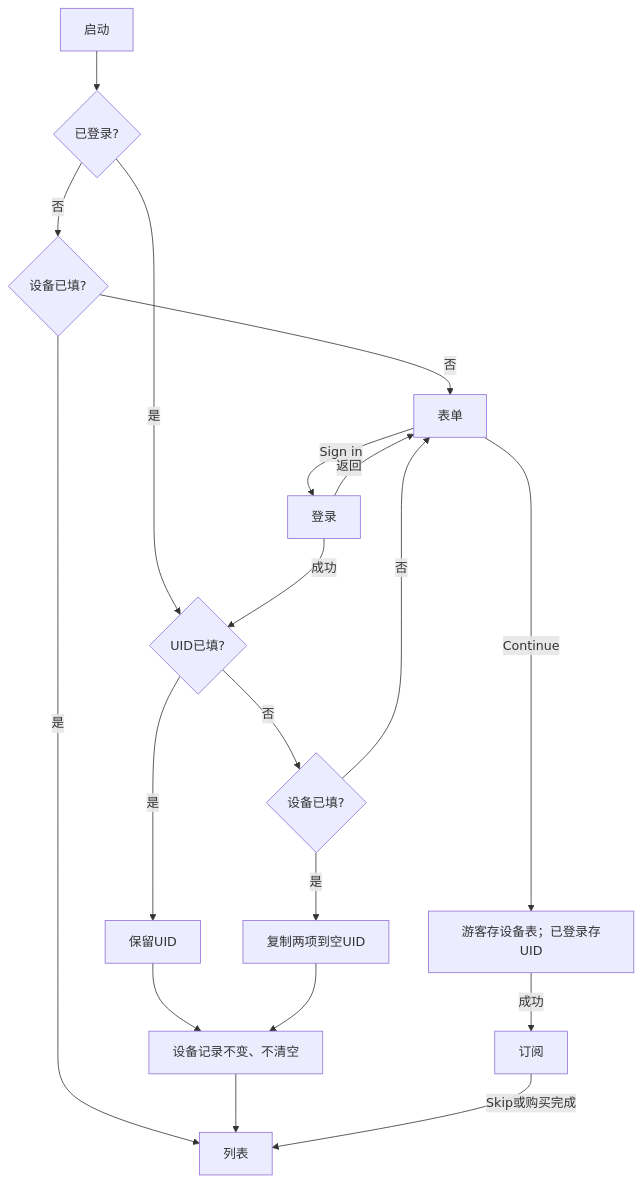
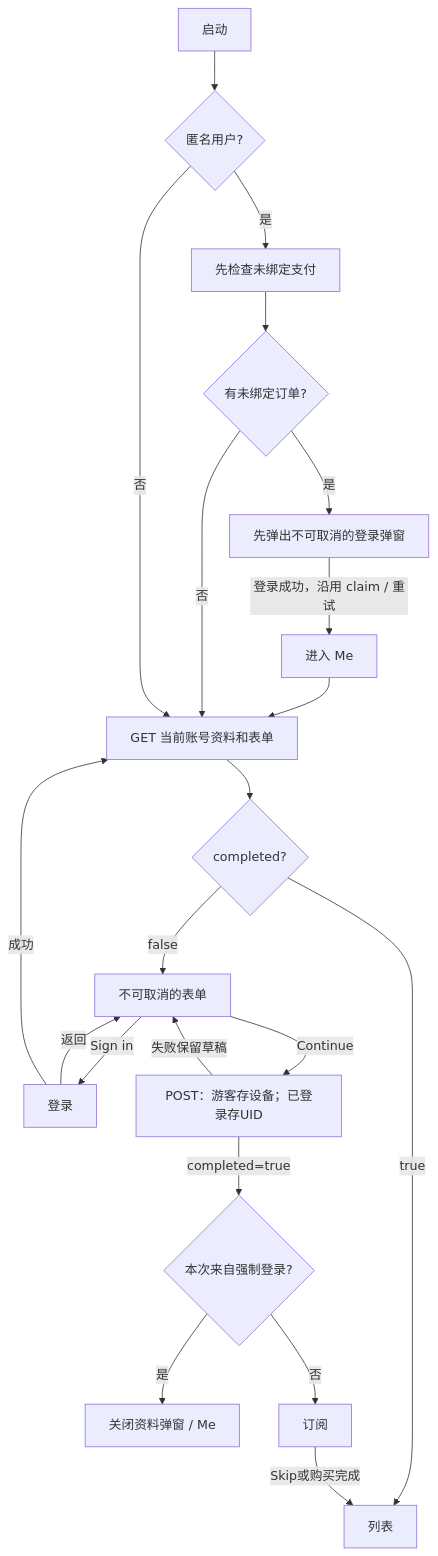
One commit to nicx519y/GenesisApp changed the diagram in genesis_app/docs/new-user-personalization/README.md. Above: the diagram before and after it, drawn with Mermaid. The commit also changed other lines of this file and 42 other files, not shown here.

````diff
--- a/genesis_app/docs/new-user-personalization/README.md
+++ b/genesis_app/docs/new-user-personalization/README.md
@@ -6,21 +6,23 @@
 ```mermaid
 flowchart TD
-A[启动]-->B{已登录?}
-B-->|否|C{设备已填?}
-C-->|是|L[列表]
-C-->|否|F[表单]
-B-->|是|U{UID已填?}
+A[启动]-->V{匿名用户?}
+V-->|是|C0[先检查未绑定支付]
+C0-->Q0{有未绑定订单?}
+Q0-->|是|G0[先弹出不可取消的登录弹窗]
+G0-->|登录成功，沿用 claim / 重试|M0[进入 Me]
+M0-->B[GET 当前账号资料和表单]
+Q0-->|否|B
+V-->|否|B
+B-->C{completed?}
+C-->|true|L[列表]
+C-->|false|F[不可取消的表单]
 F-->|Sign in|I[登录]
 I-->|返回|F
-I-->|成功|U
-U-->|是|K[保留UID]
-U-->|否|D{设备已填?}
-D-->|是|W[复制两项到空UID]
-D-->|否|F
-K-->R[设备记录不变、不清空]
-W-->R
-R-->L
-F-->|Continue|S[游客存设备表；已登录存UID]
-S-->|成功|P[订阅]
+I-->|成功|B
+F-->|Continue|S[POST：游客存设备；已登录存UID]
+S-->|失败保留草稿|F
+S-->|completed=true|Q{本次来自强制登录?}
+Q-->|是|M[关闭资料弹窗 / Me]
+Q-->|否|P[订阅]
 P-->|Skip或购买完成|L
 ```
````
